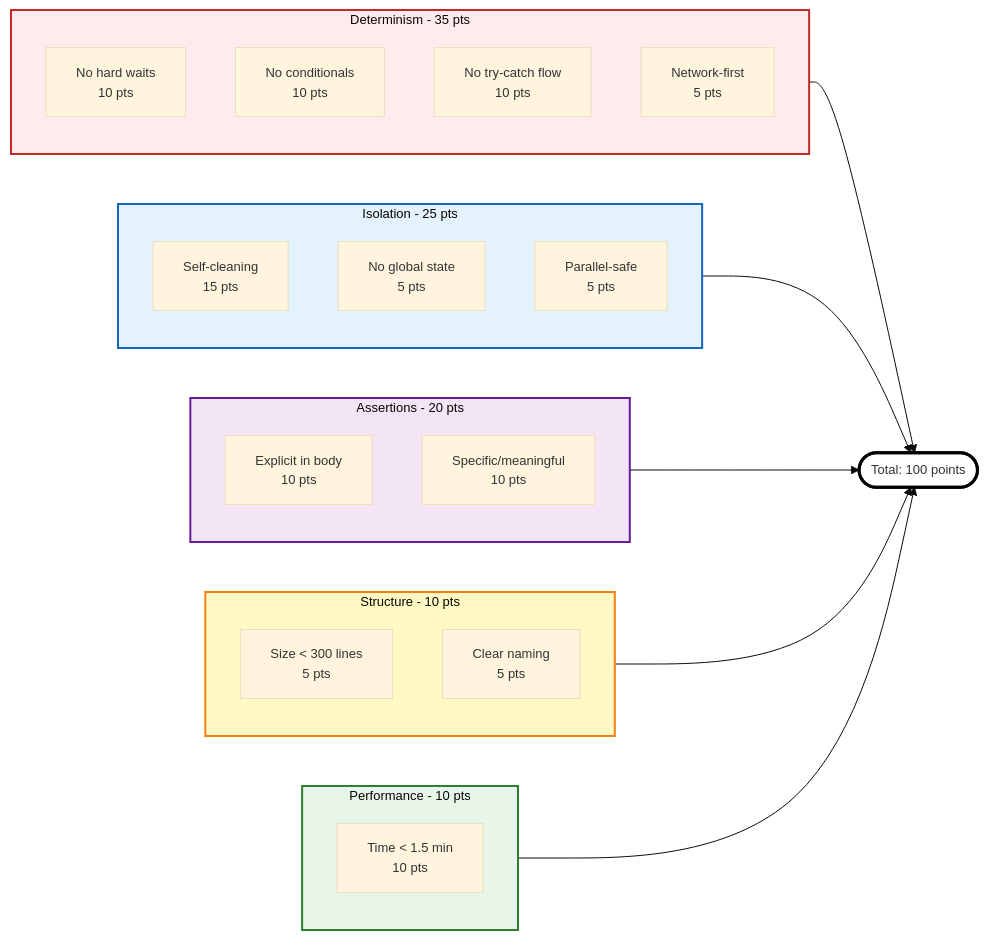
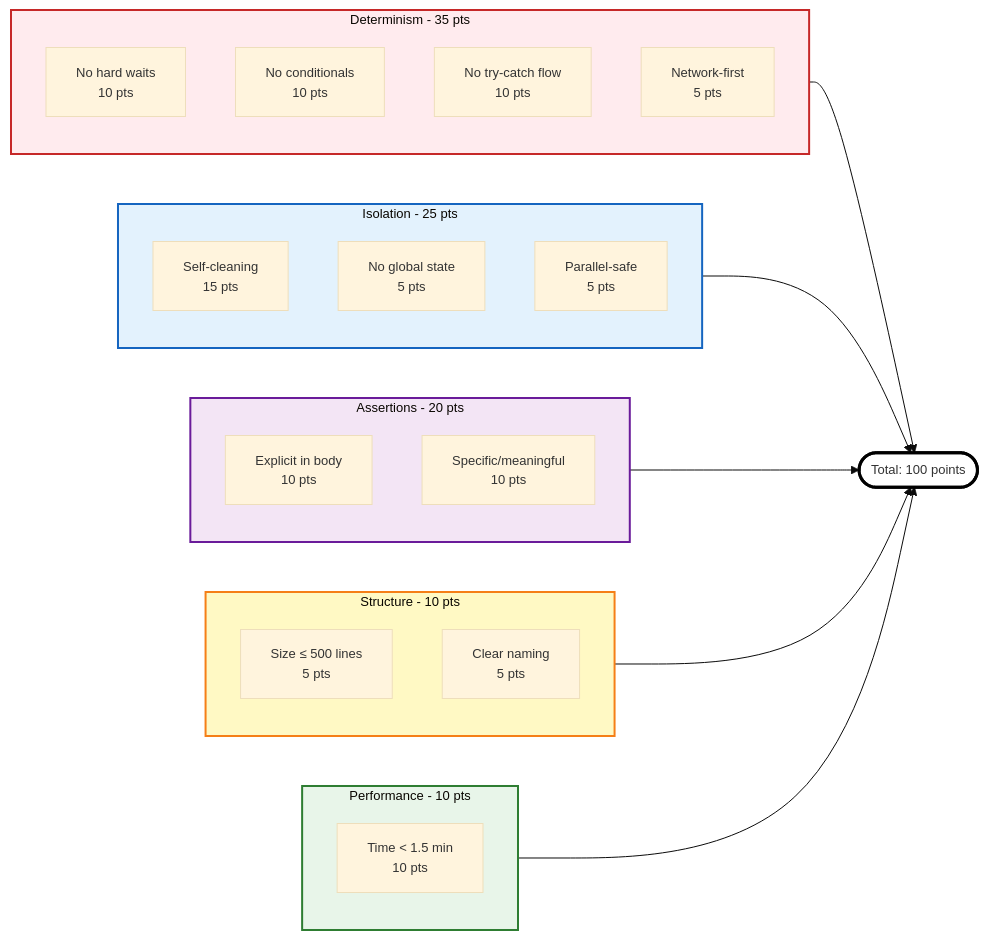
Before and after one commit to bmad-code-org/bmad-method-test-architecture-enterprise: the second of 2 diagrams in docs/explanation/test-quality-standards.md, drawn with Mermaid. The commit also changed other lines of this file and 20 other files, not shown here.

````diff
--- a/docs/explanation/test-quality-standards.md
+++ b/docs/explanation/test-quality-standards.md
@@ -590,43 +590,43 @@
 ```mermaid
 %%{init: {'theme':'base', 'themeVariables': { 'fontSize':'13px'}}}%%
 flowchart LR
     subgraph Det[Determinism - 35 pts]
         D1[No hard waits<br/>10 pts]
         D2[No conditionals<br/>10 pts]
         D3[No try-catch flow<br/>10 pts]
         D4[Network-first<br/>5 pts]
     end
 
     subgraph Iso[Isolation - 25 pts]
         I1[Self-cleaning<br/>15 pts]
         I2[No global state<br/>5 pts]
         I3[Parallel-safe<br/>5 pts]
     end
 
     subgraph Assrt[Assertions - 20 pts]
         A1[Explicit in body<br/>10 pts]
         A2[Specific/meaningful<br/>10 pts]
     end
 
     subgraph Struct[Structure - 10 pts]
-        S1[Size < 300 lines<br/>5 pts]
+        S1[Size ≤ 500 lines<br/>5 pts]
         S2[Clear naming<br/>5 pts]
     end
 
     subgraph Perf[Performance - 10 pts]
         P1[Time < 1.5 min<br/>10 pts]
     end
 
     Det --> Total([Total: 100 points])
     Iso --> Total
     Assrt --> Total
     Struct --> Total
     Perf --> Total
 
     style Det fill:#ffebee,stroke:#c62828,stroke-width:2px
     style Iso fill:#e3f2fd,stroke:#1565c0,stroke-width:2px
     style Assrt fill:#f3e5f5,stroke:#6a1b9a,stroke-width:2px
     style Struct fill:#fff9c4,stroke:#f57f17,stroke-width:2px
     style Perf fill:#e8f5e9,stroke:#2e7d32,stroke-width:2px
     style Total fill:#fff,stroke:#000,stroke-width:3px
 ```
````
